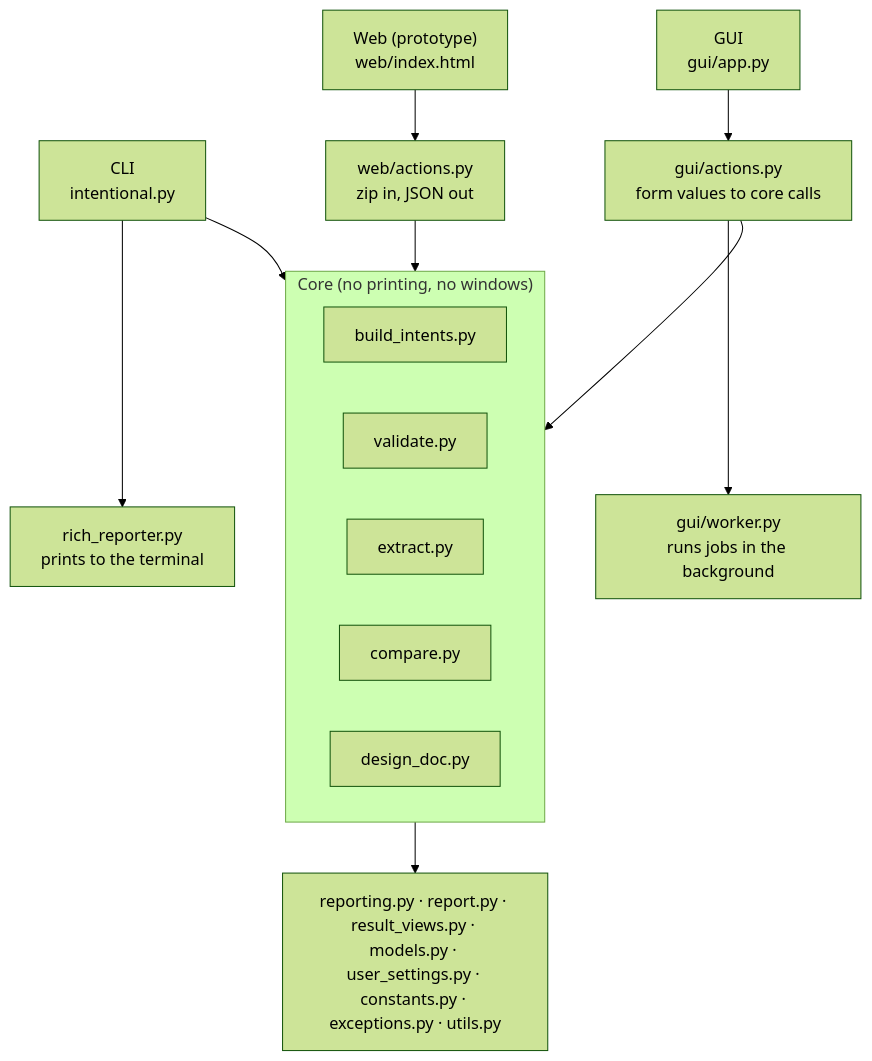
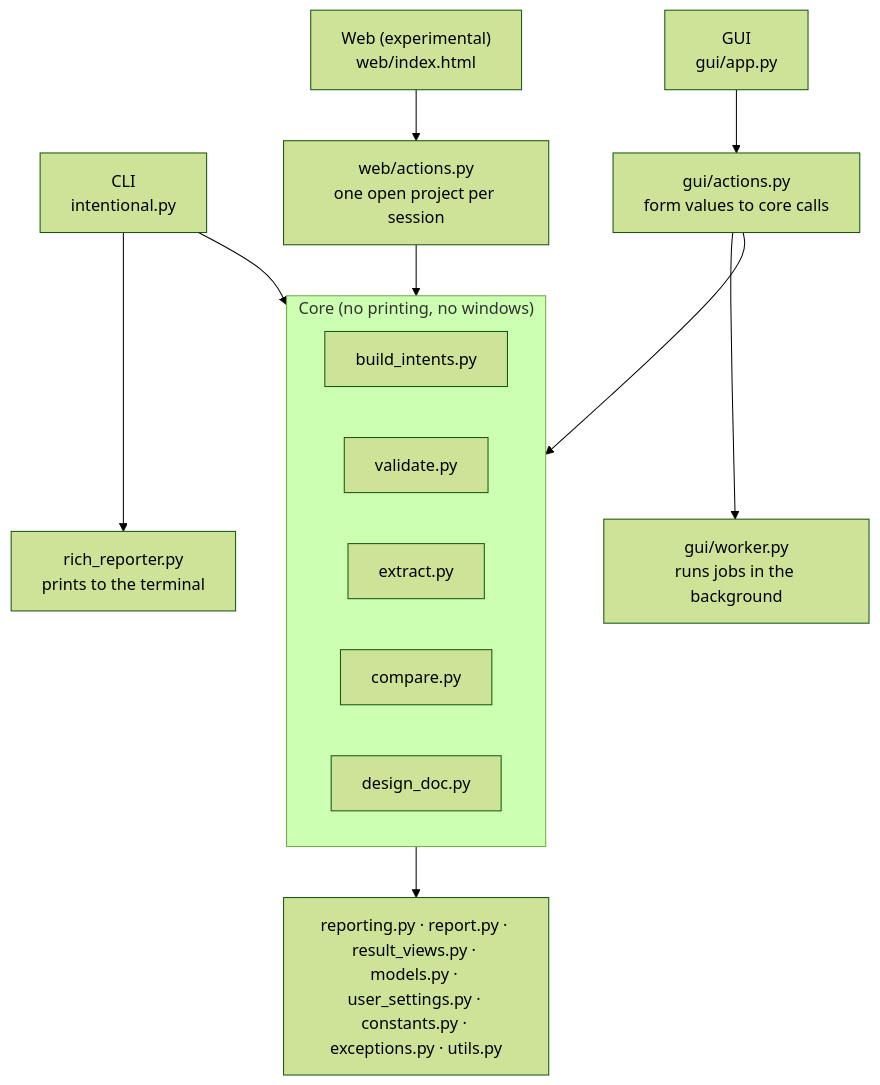
Before and after one commit to andrewjstuart/intentional-py: the first of 2 diagrams in docs/code-guide.md, drawn with Mermaid (forest theme). The commit also changed other lines of this file and 16 other files, not shown here.

First line of the commit message:
feat(web): ✨ rework to a session workspace, bump to 1.4.0

````diff
--- a/docs/code-guide.md
+++ b/docs/code-guide.md
@@ -23,18 +23,18 @@
 ```mermaid
 flowchart TD
     CLI["CLI<br/>intentional.py"] --> RR["rich_reporter.py<br/>prints to the terminal"]
     GUI["GUI<br/>gui/app.py"] --> ACT["gui/actions.py<br/>form values to core calls"]
     ACT --> WRK["gui/worker.py<br/>runs jobs in the background"]
-    WEB["Web (prototype)<br/>web/index.html"] --> WACT["web/actions.py<br/>zip in, JSON out"]
+    WEB["Web (experimental)<br/>web/index.html"] --> WACT["web/actions.py<br/>one open project per session"]
     CLI --> CORE
     ACT --> CORE
     WACT --> CORE
     subgraph CORE["Core (no printing, no windows)"]
         BUILD["build_intents.py"]
         VAL["validate.py"]
         EXT["extract.py"]
         CMP["compare.py"]
         DES["design_doc.py"]
     end
     CORE --> SHARED["reporting.py · report.py · result_views.py · models.py · user_settings.py · constants.py · exceptions.py · utils.py"]
 ```
````
